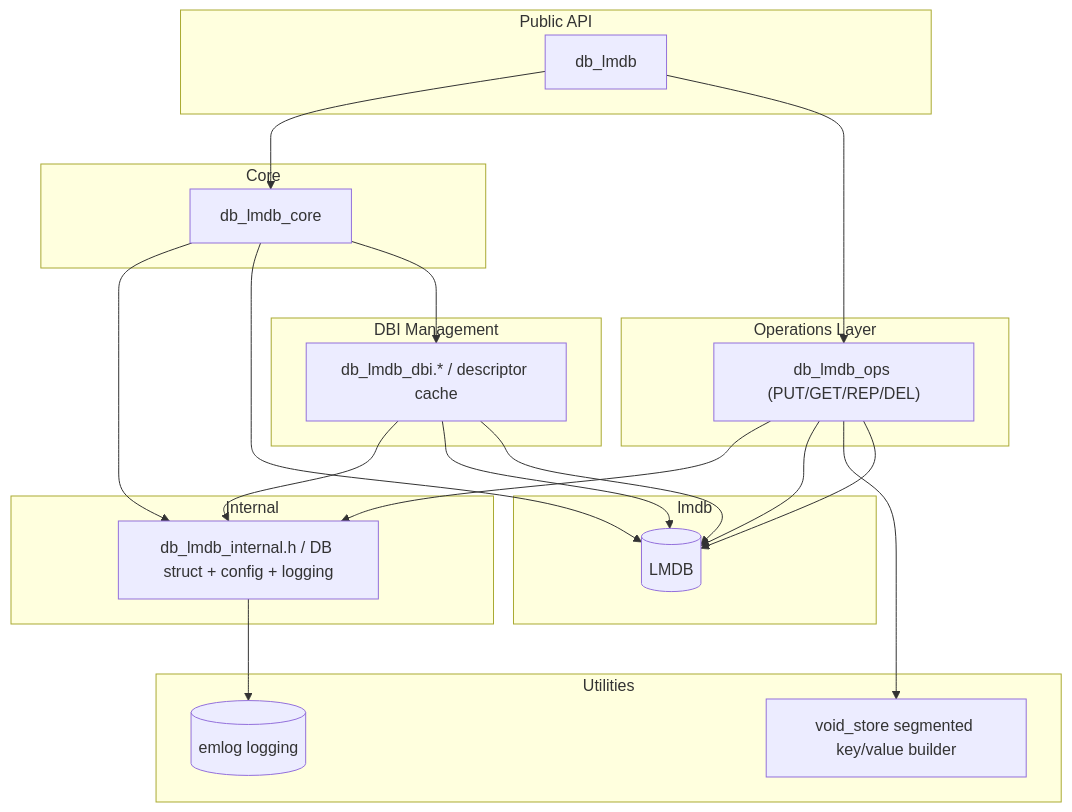
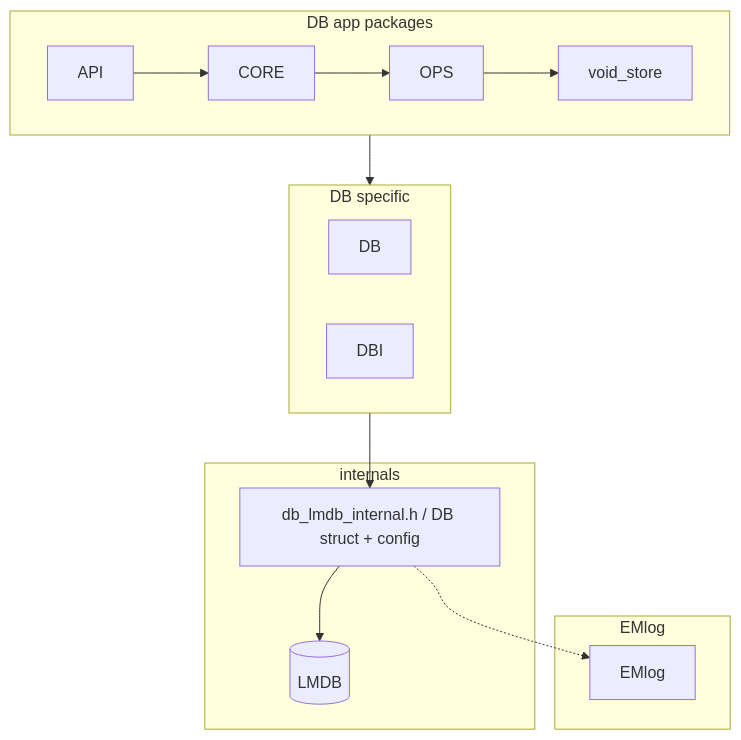
One commit to RomanHorshkov/DB_lmdb changed the first of 4 diagrams in ARCHITECTURE.md. Above: the diagram before and after it, drawn with Mermaid. The commit also changed other lines of this file, not shown here.

````diff
--- a/ARCHITECTURE.md
+++ b/ARCHITECTURE.md
@@ -15,49 +15,31 @@
 ```mermaid
+%% Column view with logging visible
 flowchart TB
-    subgraph API [Public API]
-        api["db_lmdb"]
+    subgraph App [DB app packages]
+        api[API]
+        core[CORE]
+        ops[OPS]
+        vs[void_store]
     end
 
-    subgraph Core [Core]
-        core["db_lmdb_core"]
+    subgraph DB_specific [DB specific]
+        db[DB]
+        dbi[DBI]
     end
 
-    subgraph DBI [DBI Management]
-        dbi["db_lmdb_dbi.* / descriptor cache"]
-    end
-
-    subgraph Internal [Internal]
-        internal["db_lmdb_internal.h / DB struct + config + logging"]
-    end
-
-    subgraph Ops [Operations Layer]
-        ops["db_lmdb_ops (PUT/GET/REP/DEL)"]
-    end
-    subgraph LMDB [lmdb]
+    subgraph Internals [internals]
+        internal[db_lmdb_internal.h / DB struct + config]
         lmdb[(LMDB)]
     end
 
-    subgraph Utils [Utilities]
-        vs["void_store segmented key/value builder"]
-        emlog[(emlog logging)]
+    subgraph Col4 [EMlog]
+        emlog[EMlog]
     end
 
+    api --> core --> ops --> vs
+    DB_specific --> internal
+    App --> DB_specific
 
-    api --> core
-    api --> ops
-
-    core --> internal
-    core --> lmdb
-    core --> dbi
-
-    dbi --> internal
-    dbi --> lmdb
-
-    ops --> internal
-    ops --> lmdb
-    ops --> vs
-    internal --> emlog
-    dbi --> lmdb
-    ops --> lmdb
-
+    internal --> lmdb
+    internal -.-> emlog
 ```
````
